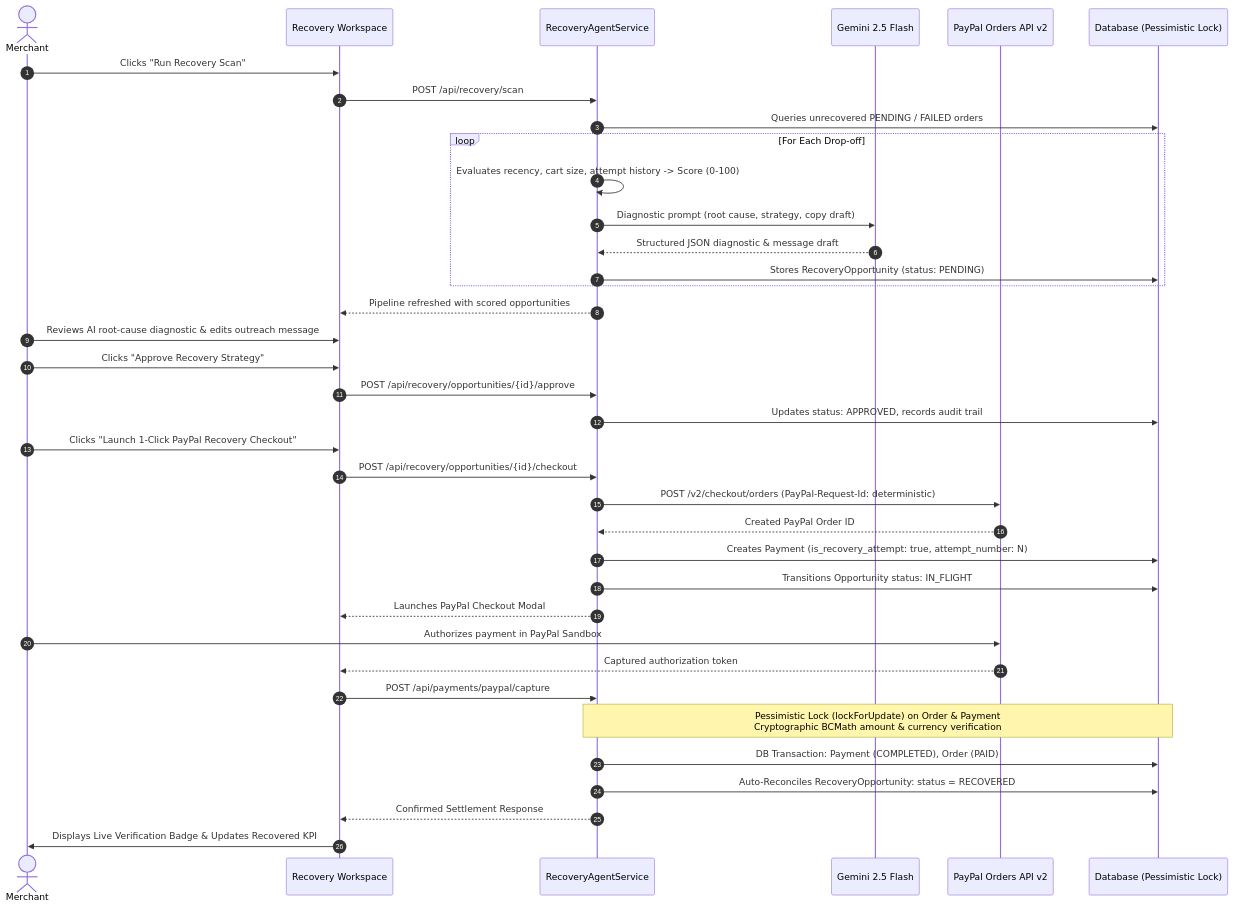
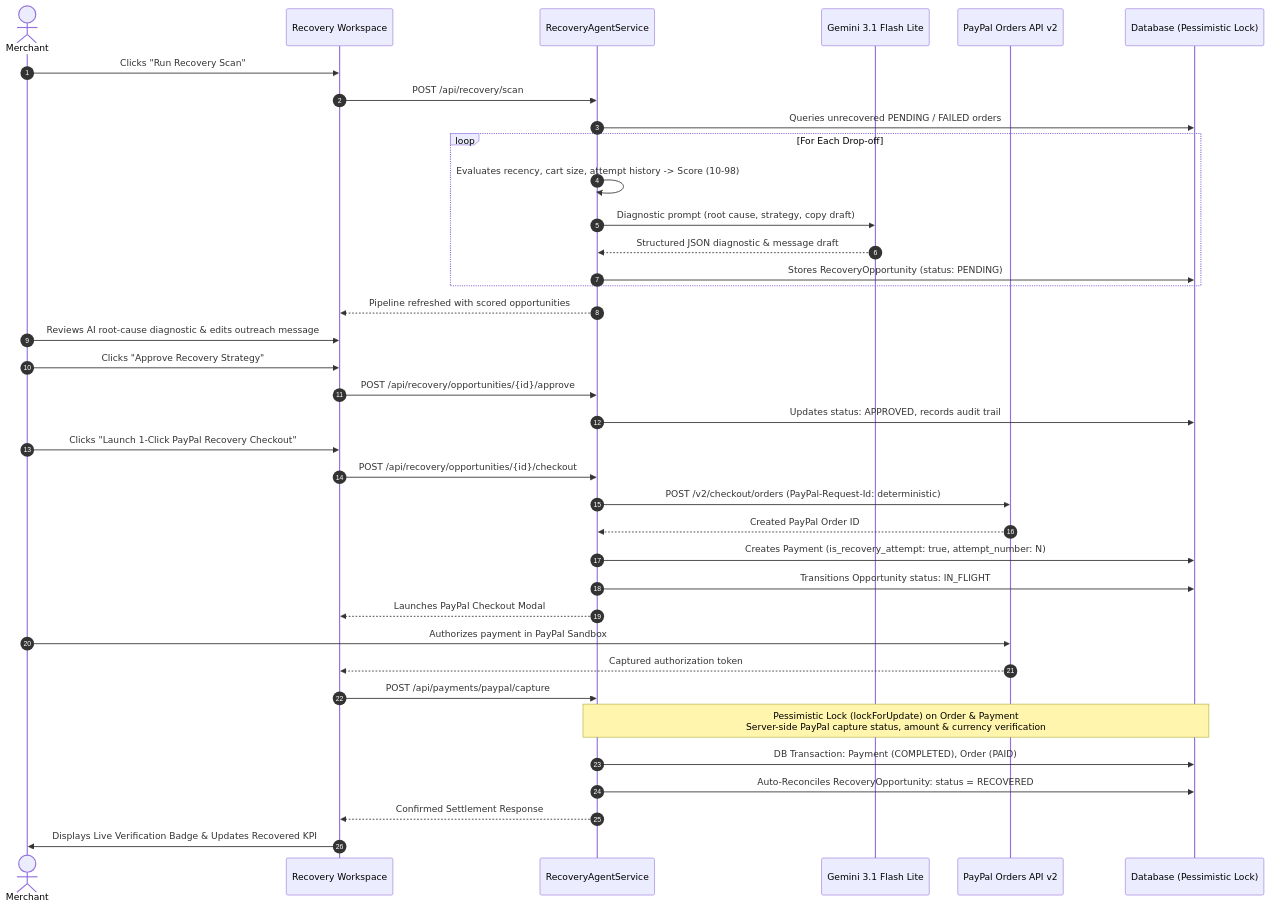
The second of 2 diagrams in README.md (irfan-ibtech/PayPilot-AI), drawn with Mermaid before and after one commit. The commit also changed other lines of this file and 7 other files, not shown here.

Commit message:
docs(audit): correct claims, align gemini model, and record sandbox verification boundaries

````diff
--- a/README.md
+++ b/README.md
@@ -94,40 +94,40 @@
 ```mermaid
 sequenceDiagram
     autonumber
     actor Merchant as Merchant
     participant React as Recovery Workspace
     participant Agent as RecoveryAgentService
-    participant Gemini as Gemini 2.5 Flash
+    participant Gemini as Gemini 3.1 Flash Lite
     participant PayPal as PayPal Orders API v2
     participant DB as Database (Pessimistic Lock)
 
     Merchant->>React: Clicks "Run Recovery Scan"
     React->>Agent: POST /api/recovery/scan
     Agent->>DB: Queries unrecovered PENDING / FAILED orders
     loop For Each Drop-off
-        Agent->>Agent: Evaluates recency, cart size, attempt history -> Score (0-100)
+        Agent->>Agent: Evaluates recency, cart size, attempt history -> Score (10-98)
         Agent->>Gemini: Diagnostic prompt (root cause, strategy, copy draft)
         Gemini-->>Agent: Structured JSON diagnostic & message draft
         Agent->>DB: Stores RecoveryOpportunity (status: PENDING)
     end
     Agent-->>React: Pipeline refreshed with scored opportunities
     Merchant->>React: Reviews AI root-cause diagnostic & edits outreach message
     Merchant->>React: Clicks "Approve Recovery Strategy"
     React->>Agent: POST /api/recovery/opportunities/{id}/approve
     Agent->>DB: Updates status: APPROVED, records audit trail
     Merchant->>React: Clicks "Launch 1-Click PayPal Recovery Checkout"
     React->>Agent: POST /api/recovery/opportunities/{id}/checkout
     Agent->>PayPal: POST /v2/checkout/orders (PayPal-Request-Id: deterministic)
     PayPal-->>Agent: Created PayPal Order ID
     Agent->>DB: Creates Payment (is_recovery_attempt: true, attempt_number: N)
     Agent->>DB: Transitions Opportunity status: IN_FLIGHT
     Agent-->>React: Launches PayPal Checkout Modal
     Merchant->>PayPal: Authorizes payment in PayPal Sandbox
     PayPal-->>React: Captured authorization token
     React->>Agent: POST /api/payments/paypal/capture
-    Note over Agent,DB: Pessimistic Lock (lockForUpdate) on Order & Payment<br/>Cryptographic BCMath amount & currency verification
+    Note over Agent,DB: Pessimistic Lock (lockForUpdate) on Order & Payment<br/>Server-side PayPal capture status, amount & currency verification
     Agent->>DB: DB Transaction: Payment (COMPLETED), Order (PAID)
     Agent->>DB: Auto-Reconciles RecoveryOpportunity: status = RECOVERED
     Agent-->>React: Confirmed Settlement Response
     React->>Merchant: Displays Live Verification Badge & Updates Recovered KPI
 ```
````
